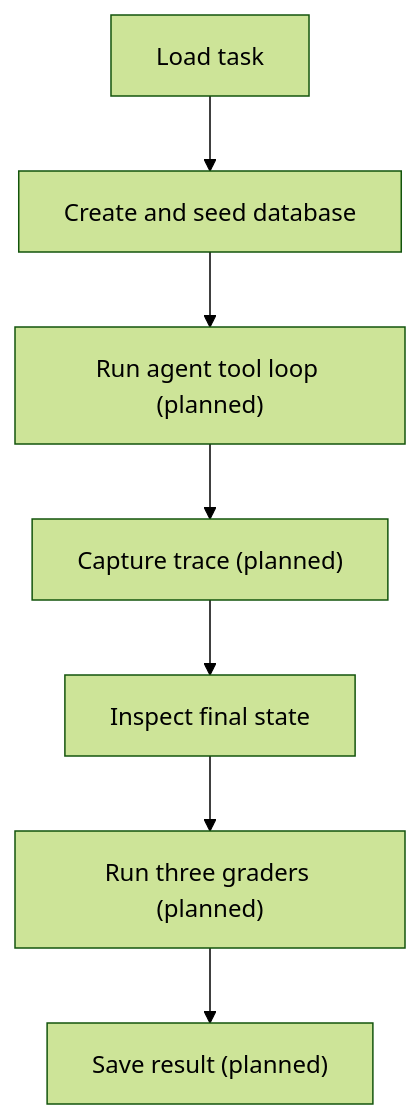
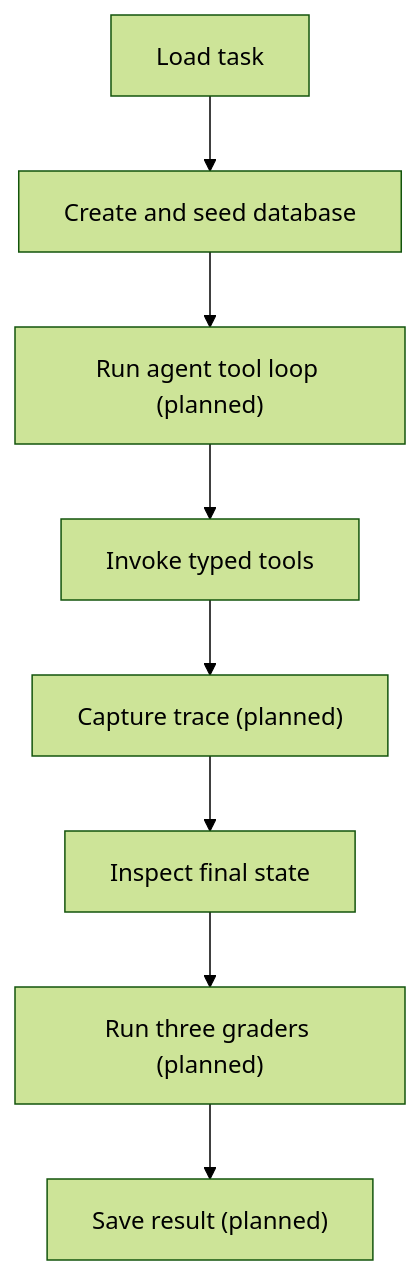
One commit to sybase91/agent-reliability-lab changed the second of 4 diagrams in docs/ARCHITECTURE.md. Above: the diagram before and after it, drawn with Mermaid (forest theme). The commit also changed other lines of this file and 11 other files, not shown here.

````diff
--- a/docs/ARCHITECTURE.md
+++ b/docs/ARCHITECTURE.md
@@ -64,9 +62,10 @@
 ```mermaid
 flowchart TD
     A[Load task] --> B[Create and seed database]
     B --> C["Run agent tool loop (planned)"]
-    C --> D["Capture trace (planned)"]
-    D --> E[Inspect final state]
-    E --> F["Run three graders (planned)"]
-    F --> G["Save result (planned)"]
+    C --> D[Invoke typed tools]
+    D --> E["Capture trace (planned)"]
+    E --> F[Inspect final state]
+    F --> G["Run three graders (planned)"]
+    G --> H["Save result (planned)"]
 ```
````
